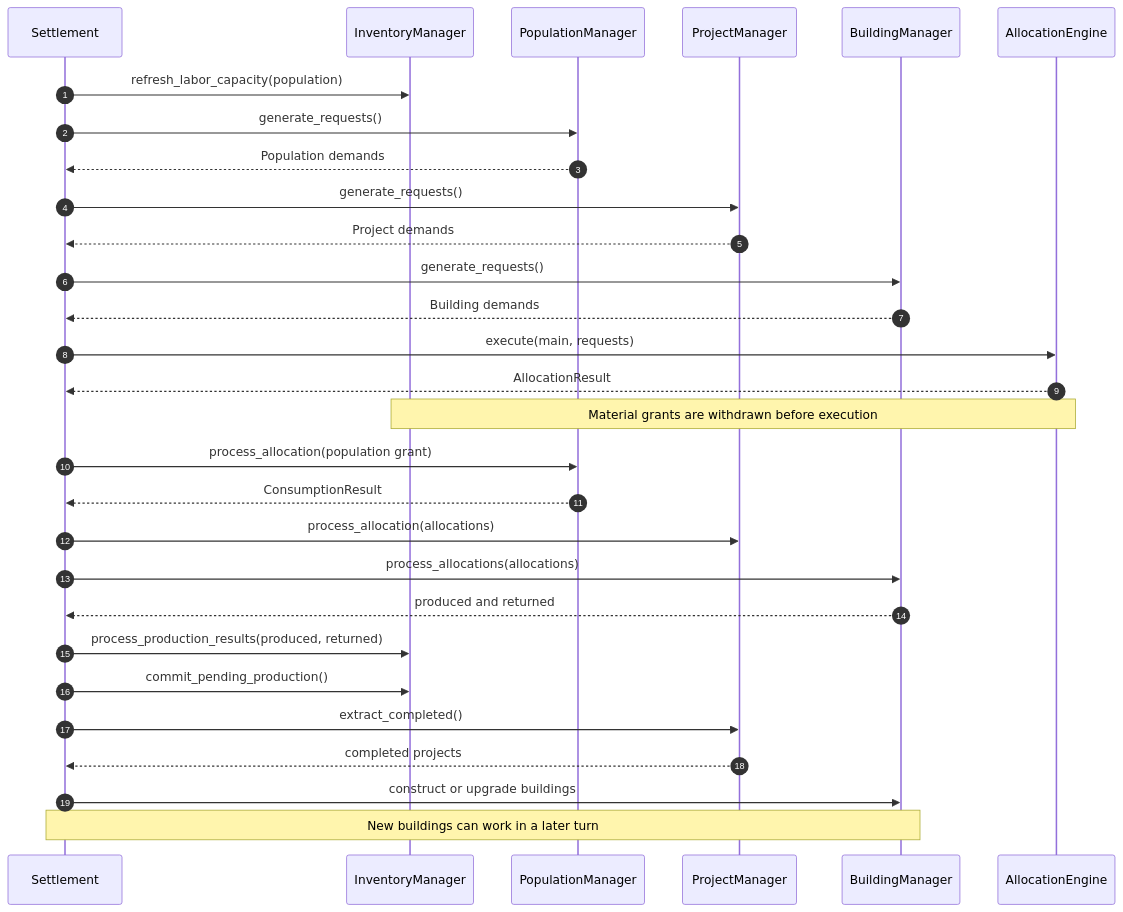
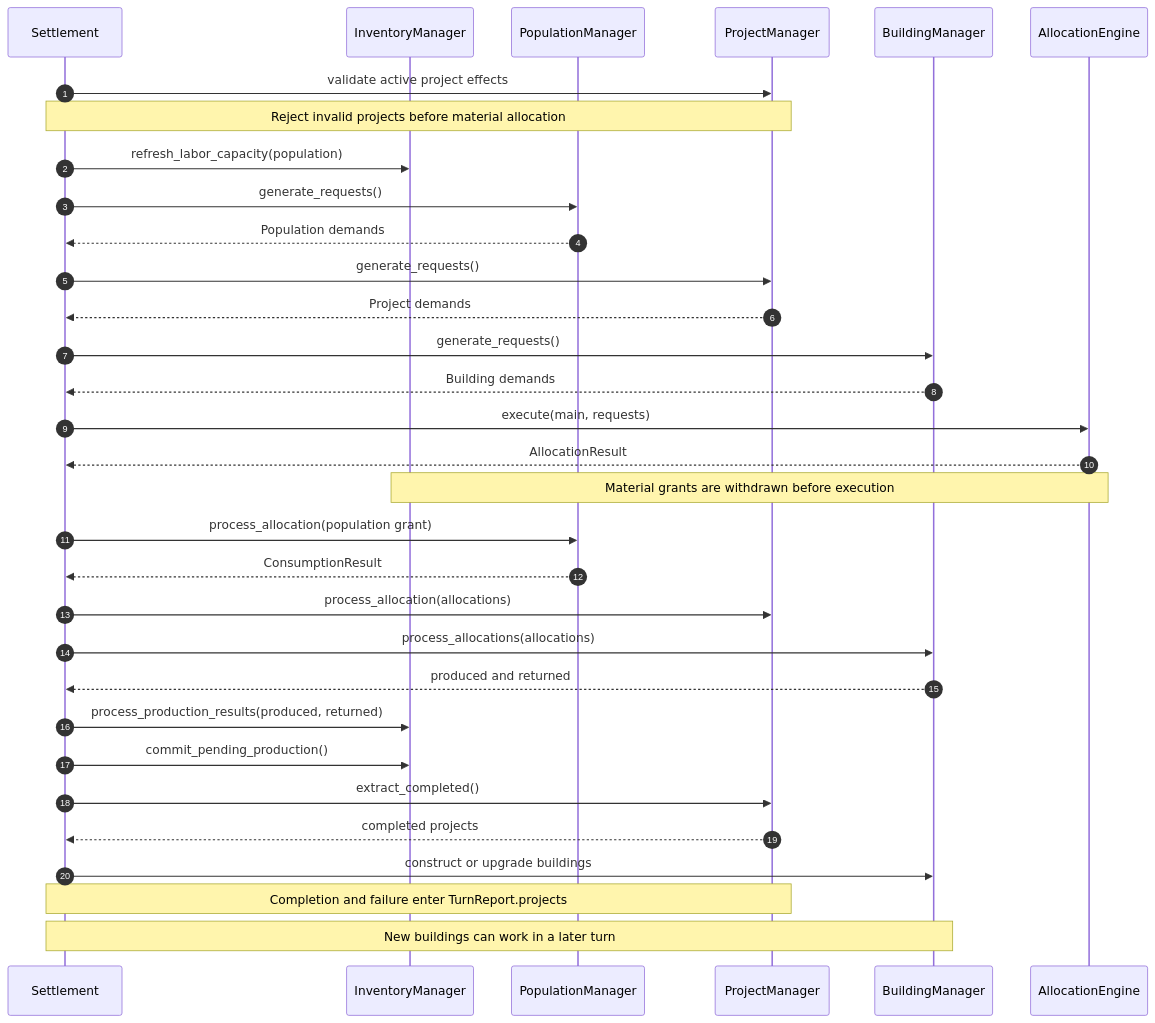
The second of 2 diagrams in docs/architecture/settlements.md (KMaksymilian/marl-grand-strategy-game), drawn with Mermaid before and after one commit. The commit also changed other lines of this file and 8 other files, not shown here.

Commit message:
fix(economy): validate projects and report completion outcomes

````diff
--- a/docs/architecture/settlements.md
+++ b/docs/architecture/settlements.md
@@ -81,31 +82,34 @@
 ```mermaid
 sequenceDiagram
     autonumber
     participant S as Settlement
     participant I as InventoryManager
     participant P as PopulationManager
     participant Q as ProjectManager
     participant B as BuildingManager
     participant A as AllocationEngine
+    S->>Q: validate active project effects
+    Note over S,Q: Reject invalid projects before material allocation
     S->>I: refresh_labor_capacity(population)
     S->>P: generate_requests()
     P-->>S: Population demands
     S->>Q: generate_requests()
     Q-->>S: Project demands
     S->>B: generate_requests()
     B-->>S: Building demands
     S->>A: execute(main, requests)
     A-->>S: AllocationResult
     Note over A,I: Material grants are withdrawn before execution
     S->>P: process_allocation(population grant)
     P-->>S: ConsumptionResult
     S->>Q: process_allocation(allocations)
     S->>B: process_allocations(allocations)
     B-->>S: produced and returned
     S->>I: process_production_results(produced, returned)
     S->>I: commit_pending_production()
     S->>Q: extract_completed()
     Q-->>S: completed projects
     S->>B: construct or upgrade buildings
+    Note over S,Q: Completion and failure enter TurnReport.projects
     Note over S,B: New buildings can work in a later turn
 ```
````
